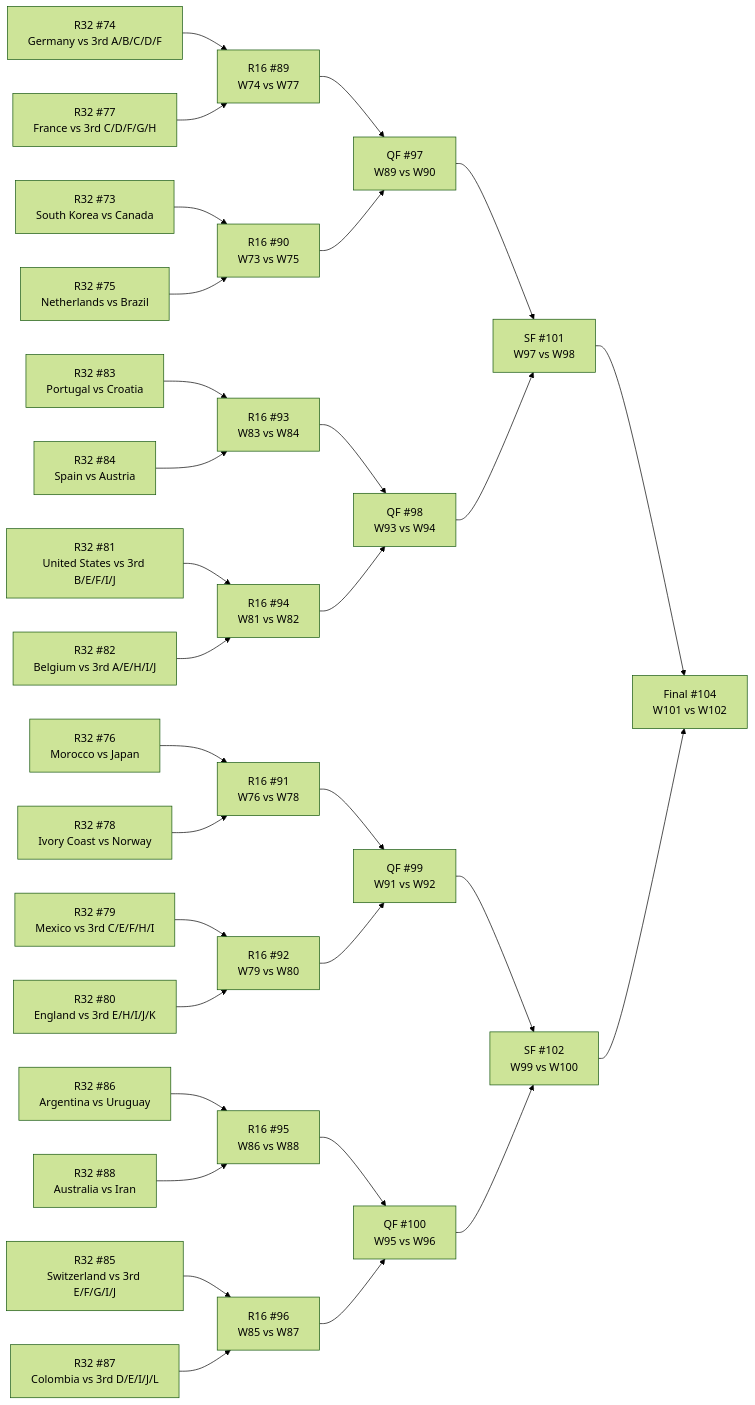
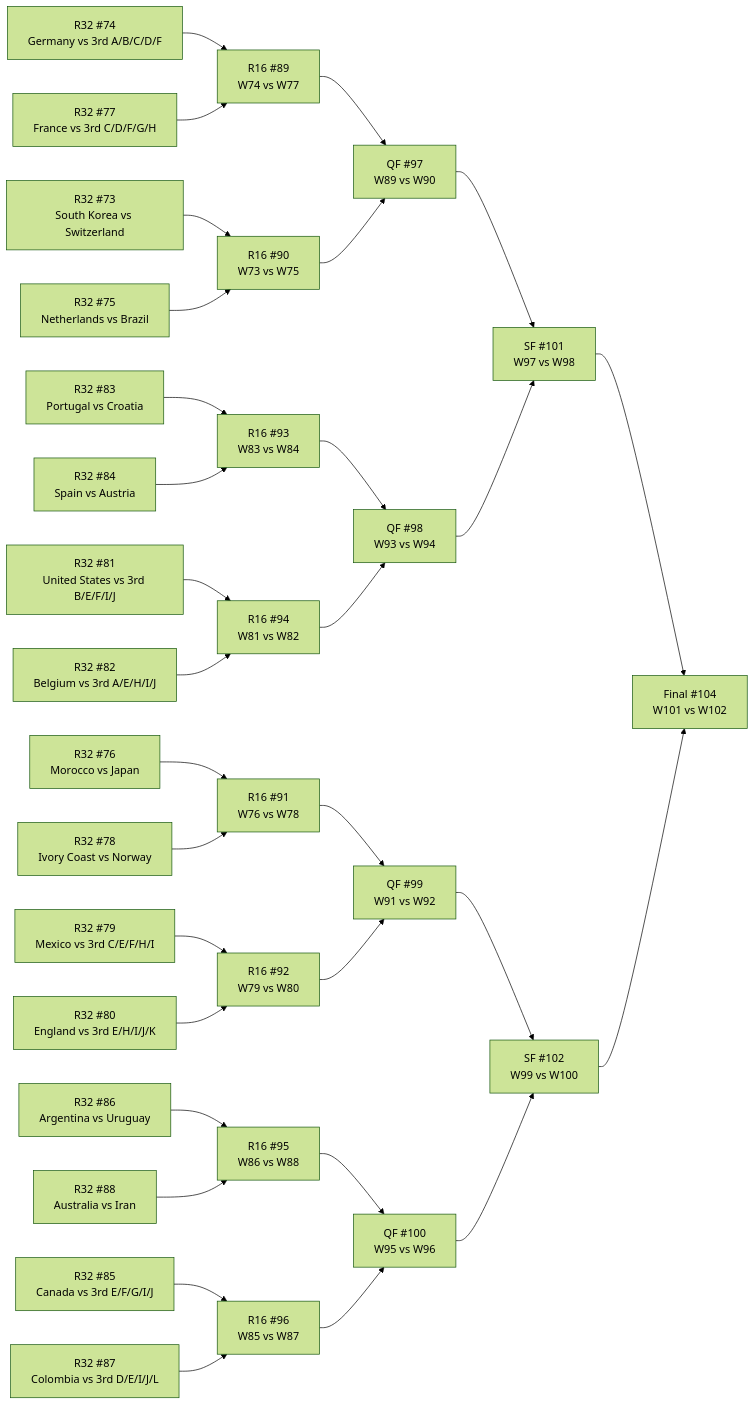
Before and after one commit to Tutai-Tran/WC-2026-predictor: the diagram in WC vault/_bracket.md, drawn with Mermaid (forest theme). The commit also changed 88 other files, not shown here.

````diff
--- a/WC vault/_bracket.md
+++ b/WC vault/_bracket.md
@@ -11,64 +11,64 @@
 ```mermaid
 flowchart LR
-  M73["R32 #73<br>South Korea vs Canada"]
+  M73["R32 #73<br>South Korea vs Switzerland"]
   M74["R32 #74<br>Germany vs 3rd A/B/C/D/F"]
   M75["R32 #75<br>Netherlands vs Brazil"]
   M76["R32 #76<br>Morocco vs Japan"]
   M77["R32 #77<br>France vs 3rd C/D/F/G/H"]
   M78["R32 #78<br>Ivory Coast vs Norway"]
   M79["R32 #79<br>Mexico vs 3rd C/E/F/H/I"]
   M80["R32 #80<br>England vs 3rd E/H/I/J/K"]
   M81["R32 #81<br>United States vs 3rd B/E/F/I/J"]
   M82["R32 #82<br>Belgium vs 3rd A/E/H/I/J"]
   M83["R32 #83<br>Portugal vs Croatia"]
   M84["R32 #84<br>Spain vs Austria"]
-  M85["R32 #85<br>Switzerland vs 3rd E/F/G/I/J"]
+  M85["R32 #85<br>Canada vs 3rd E/F/G/I/J"]
   M86["R32 #86<br>Argentina vs Uruguay"]
   M87["R32 #87<br>Colombia vs 3rd D/E/I/J/L"]
   M88["R32 #88<br>Australia vs Iran"]
   M89["R16 #89<br>W74 vs W77"]
   M90["R16 #90<br>W73 vs W75"]
   M91["R16 #91<br>W76 vs W78"]
   M92["R16 #92<br>W79 vs W80"]
   M93["R16 #93<br>W83 vs W84"]
   M94["R16 #94<br>W81 vs W82"]
   M95["R16 #95<br>W86 vs W88"]
   M96["R16 #96<br>W85 vs W87"]
   M97["QF #97<br>W89 vs W90"]
   M98["QF #98<br>W93 vs W94"]
   M99["QF #99<br>W91 vs W92"]
   M100["QF #100<br>W95 vs W96"]
   M101["SF #101<br>W97 vs W98"]
   M102["SF #102<br>W99 vs W100"]
   M104["Final #104<br>W101 vs W102"]
   M74 --> M89
   M77 --> M89
   M73 --> M90
   M75 --> M90
   M76 --> M91
   M78 --> M91
   M79 --> M92
   M80 --> M92
   M83 --> M93
   M84 --> M93
   M81 --> M94
   M82 --> M94
   M86 --> M95
   M88 --> M95
   M85 --> M96
   M87 --> M96
   M89 --> M97
   M90 --> M97
   M93 --> M98
   M94 --> M98
   M91 --> M99
   M92 --> M99
   M95 --> M100
   M96 --> M100
   M97 --> M101
   M98 --> M101
   M99 --> M102
   M100 --> M102
   M101 --> M104
   M102 --> M104
 ```
````
